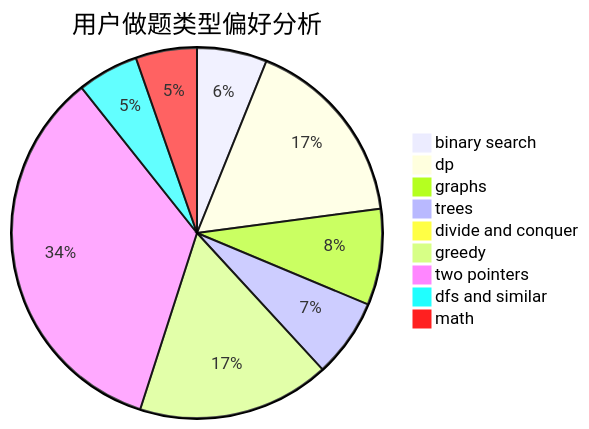
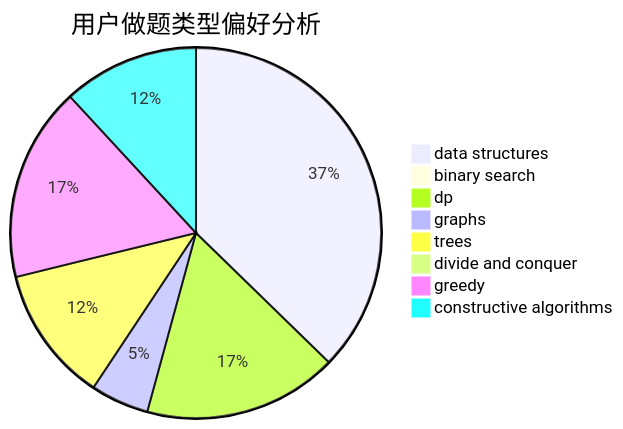
The second of 3 diagrams in docs/user/u1992.md (sherpahu/cfrs.github.io), drawn with Mermaid before and after one commit. The commit also changed other lines of this file and 2775 other files, not shown here.

````diff
--- a/docs/user/u1992.md
+++ b/docs/user/u1992.md
@@ -23,12 +23,11 @@
 ```mermaid
 pie title 用户做题类型偏好分析
-    "binary search" :  8
-    "dp" :  22
-    "graphs" :  11
-    "trees" :  9
+    "data structures" :  22
+    "binary search" :  0
+    "dp" :  10
+    "graphs" :  3
+    "trees" :  7
     "divide and conquer" :  0
-    "greedy" :  22
-    "two pointers" :  45
-    "dfs and similar" :  7
-    "math" :  7
+    "greedy" :  10
+    "constructive algorithms" :  7
 ```
````
